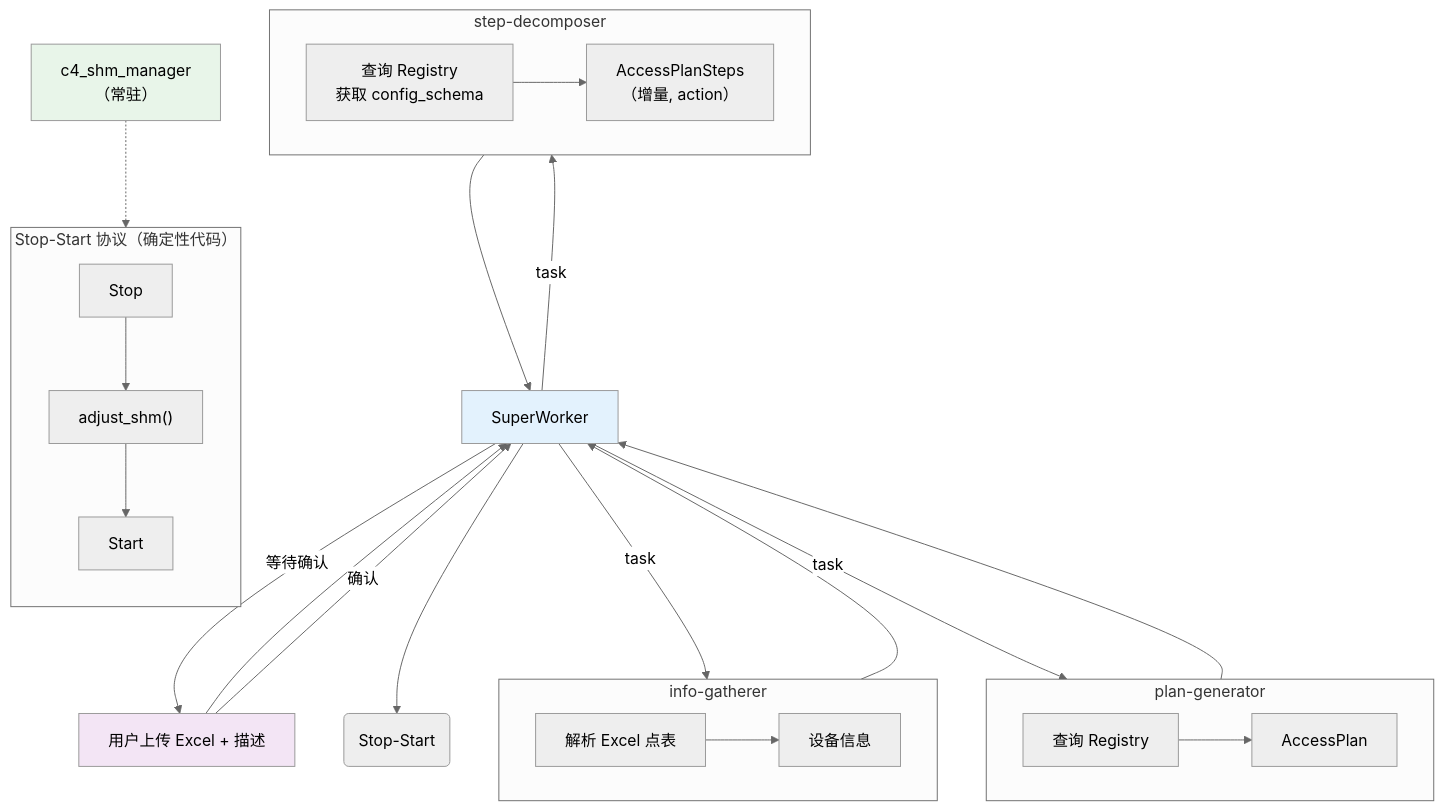
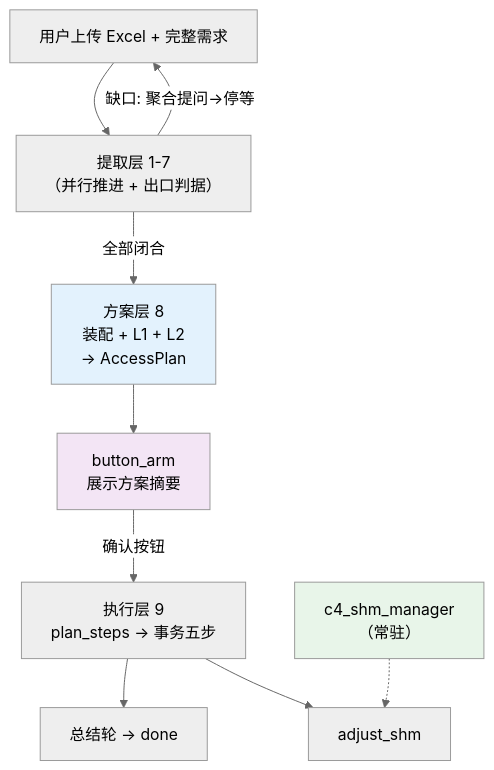
The third of 3 diagrams in docs/design/agent.md (activesys/c4), drawn with Mermaid (neutral theme) before and after one commit. The commit also changed other lines of this file and 51 other files, not shown here.

````diff
--- a/docs/design/agent.md
+++ b/docs/design/agent.md
@@ -1961,33 +1901,16 @@
 ```mermaid
 flowchart TD
-    User["用户上传 Excel + 描述"] --> C["SuperWorker"]
+    User["用户上传 Excel + 完整需求"] --> Ext["提取层 1-7<br/>（并行推进 + 出口判据）"]
+    Ext -->|"缺口: 聚合提问→停等"| User
+    Ext -->|"全部闭合"| Plan["方案层 8<br/>装配 + L1 + L2<br/>→ AccessPlan"]
+    Plan --> Arm["button_arm<br/>展示方案摘要"]
+    Arm -->|确认按钮| Exec["执行层 9<br/>plan_steps → 事务五步"]
+    Exec --> Done["总结轮 → done"]
 
-    subgraph InfoGather["info-gatherer"]
-        X["解析 Excel 点表"] --> D["设备信息"]
-    end
-
-    subgraph PlanGen["plan-generator"]
-        Q1["查询 Registry"] --> A["AccessPlan"]
-    end
-
-    subgraph StepDec["step-decomposer"]
-        Q2["查询 Registry<br/>获取 config_schema"] --> S["AccessPlanSteps<br/>（增量, action）"]
-    end
-
-    subgraph StopStart["Stop-Start 协议（确定性代码）"]
-        direction TB
-        Stop["Stop"] --> Adjust["adjust_shm()"] --> Start["Start"]
-    end
-
-    C -->|"task"| InfoGather --> C
-    C -->|"task"| PlanGen --> C
-    C -->|"等待确认"| User -->|"确认"| C
-    C -->|"task"| StepDec --> C
-    C --> 执行("Stop-Start")
-
-    SHM["c4_shm_manager<br/>（常驻）"] -.-> Adjust
+    SHM["c4_shm_manager<br/>（常驻）"] -.-> Adjust["adjust_shm"]
+    Exec --> Adjust
 
     style SHM fill:#e8f5e9
-    style User fill:#f3e5f5
-    style C fill:#e3f2fd
+    style Arm fill:#f3e5f5
+    style Plan fill:#e3f2fd
 ```
````
